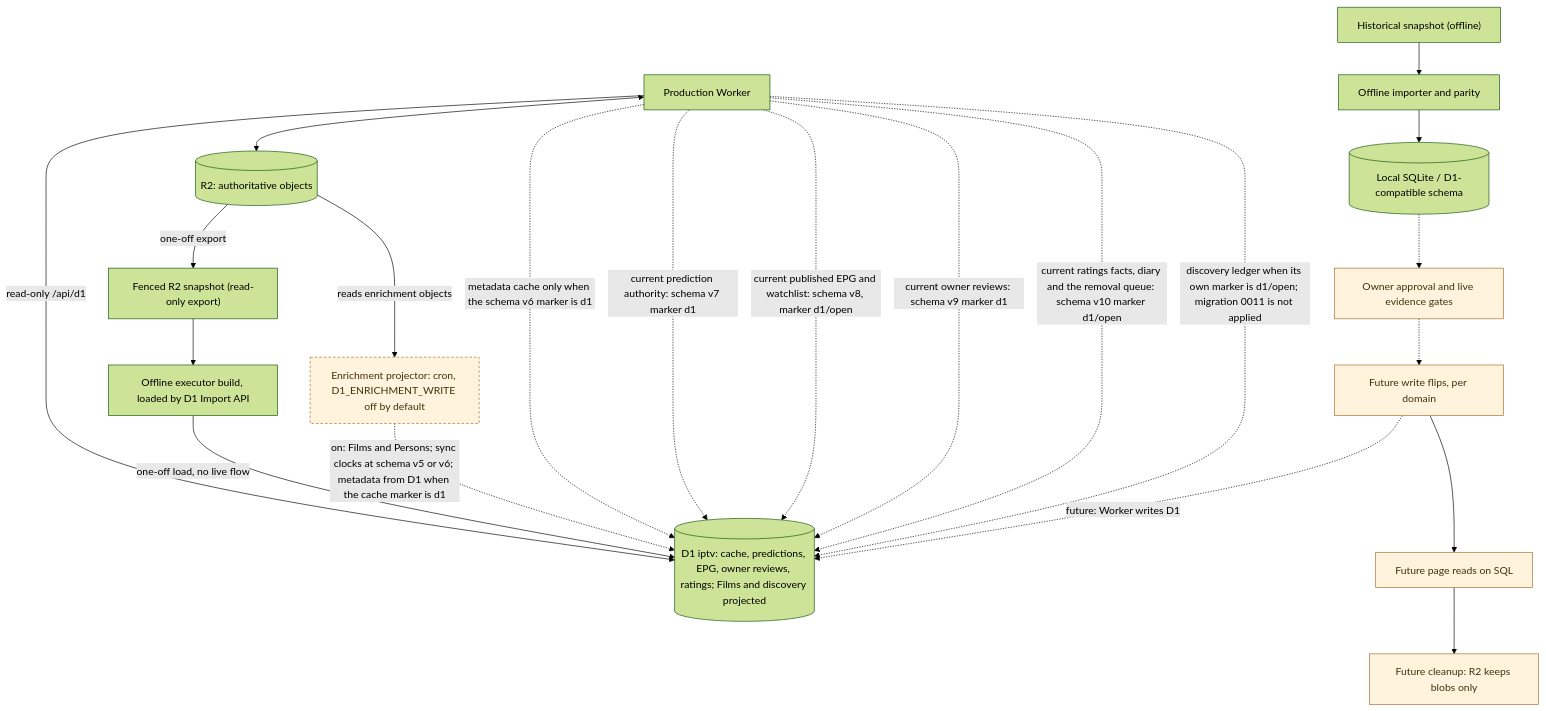
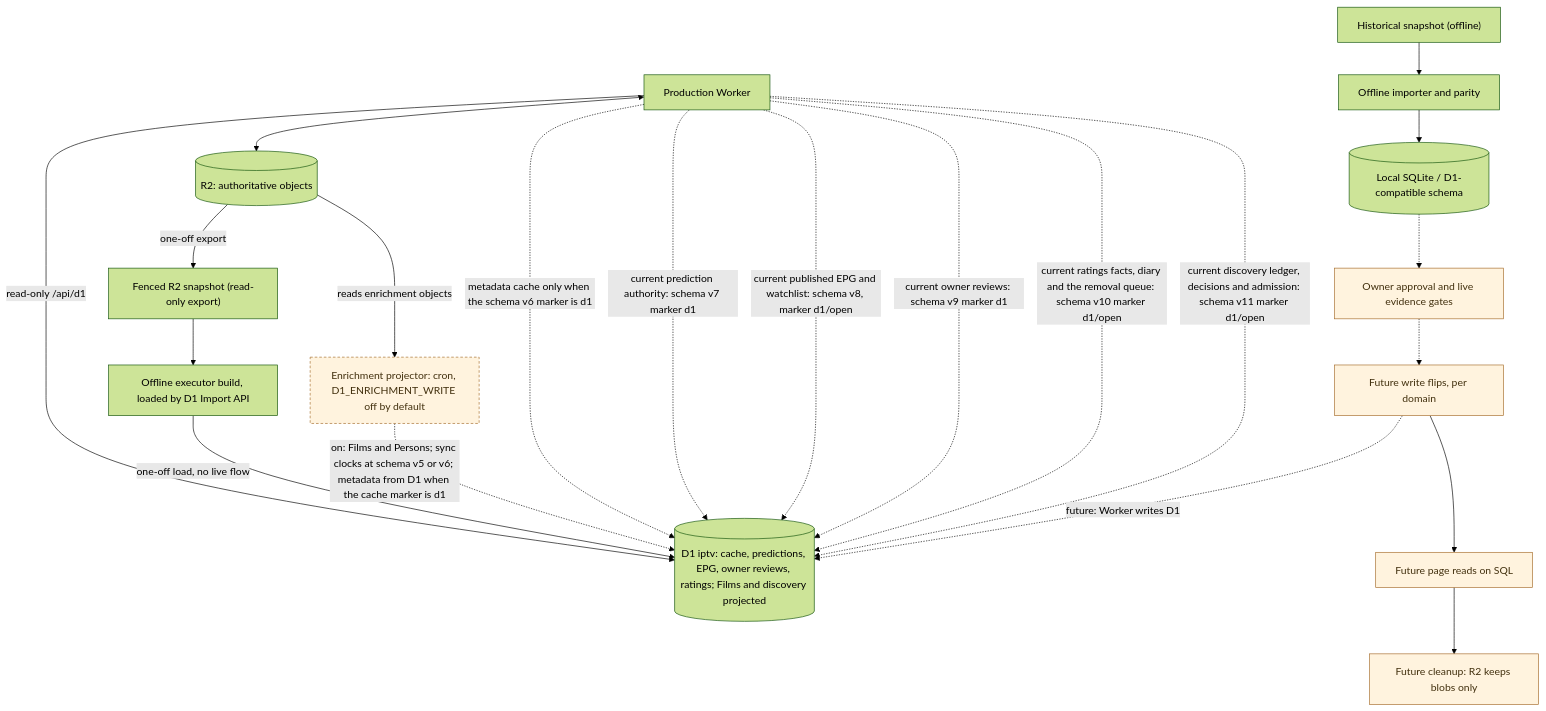
The diagram in docs/architecture/persistence-and-migration.md (vladimino/iptv-watchlist), drawn with Mermaid (forest theme) before and after one commit. The commit also changed other lines of this file and 21 other files, not shown here.

First line of the commit message:
AIR-320: count a D1 discovery ledger above the document cap.

````diff
--- a/docs/architecture/persistence-and-migration.md
+++ b/docs/architecture/persistence-and-migration.md
@@ -5,34 +5,34 @@
 ```mermaid
 flowchart TD
     worker["Production Worker"]
     r2[("R2: authoritative objects")]
     archive["Historical snapshot (offline)"]
     importer["Offline importer and parity"]
     local[("Local SQLite / D1-compatible schema")]
     gate["Owner approval and live evidence gates"]
     snapshot["Fenced R2 snapshot (read-only export)"]
     reload["Offline executor build, loaded by D1 Import API"]
     d1[("D1 iptv: cache, predictions, EPG, owner reviews, ratings; Films and discovery projected")]
     projector["Enrichment projector: cron, D1_ENRICHMENT_WRITE off by default"]
     flipWrite["Future write flips, per domain"]
     flipRead["Future page reads on SQL"]
     retire["Future cleanup: R2 keeps blobs only"]
     worker <--> r2
     worker -->|read-only /api/d1| d1
     archive --> importer --> local
     local -.-> gate
     r2 -->|one-off export| snapshot --> reload -->|one-off load, no live flow| d1
     r2 -->|reads enrichment objects| projector -.->|on: Films and Persons; sync clocks at schema v5 or v6; metadata from D1 when the cache marker is d1| d1
     worker -.->|metadata cache only when the schema v6 marker is d1| d1
     worker -.->|current prediction authority: schema v7 marker d1| d1
     worker -.->|current published EPG and watchlist: schema v8, marker d1/open| d1
     worker -.->|current owner reviews: schema v9 marker d1| d1
     worker -.->|current ratings facts, diary and the removal queue: schema v10 marker d1/open| d1
-    worker -.->|discovery ledger when its own marker is d1/open; migration 0011 is not applied| d1
+    worker -.->|current discovery ledger, decisions and admission: schema v11 marker d1/open| d1
     gate -.-> flipWrite -.->|future: Worker writes D1| d1
     flipWrite --> flipRead --> retire
     classDef future fill:#fff3de,stroke:#a56c2b,color:#42300e
     classDef gated fill:#fff3de,stroke:#a56c2b,color:#42300e,stroke-dasharray:4 3
     class gate,flipWrite,flipRead,retire future
     class projector gated
 ```
````
